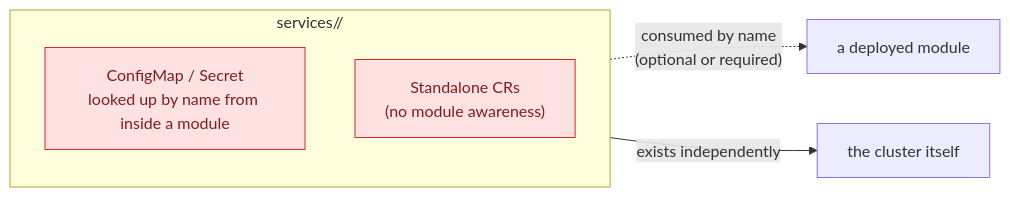
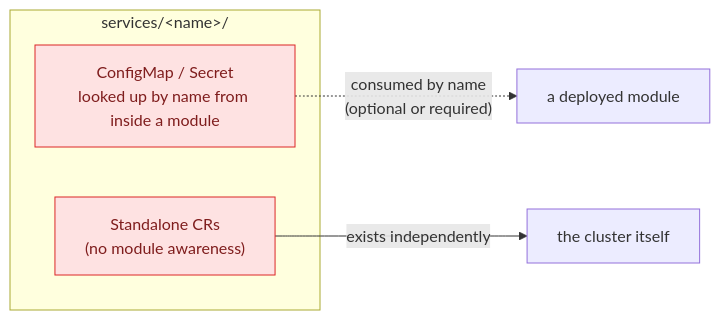
One commit to ppat/homelab-ops-kubernetes-clusters changed the fourth of 5 diagrams in DESIGN.md. Above: the diagram before and after it, drawn with Mermaid. The commit also changed other lines of this file and 4 other files, not shown here.

First line of the commit message:
fix(dev-tools): fix broken mermaid diagrams and drop restated config from docs

````diff
--- a/DESIGN.md
+++ b/DESIGN.md
@@ -158,14 +158,13 @@
 ```mermaid
 flowchart LR
-    subgraph svc["services/<name>/"]
-        direction TB
+    subgraph svc["services/&lt;name&gt;/"]
         A["ConfigMap / Secret\nlooked up by name from inside a module"]
         B["Standalone CRs\n(no module awareness)"]
     end
 
     A -.->|"consumed by name\n(optional or required)"| MOD["a deployed module"]
     B -->|"exists independently"| CLUSTER["the cluster itself"]
 
     classDef svcStyle fill:#fee2e2,stroke:#dc2626,color:#7f1d1d
     class A,B svcStyle
 ```
````
